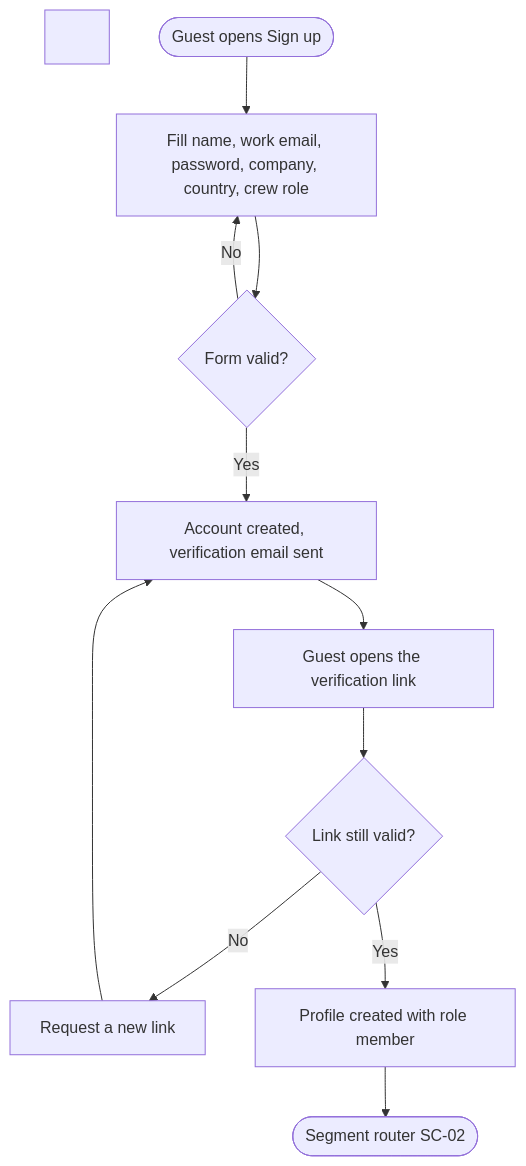
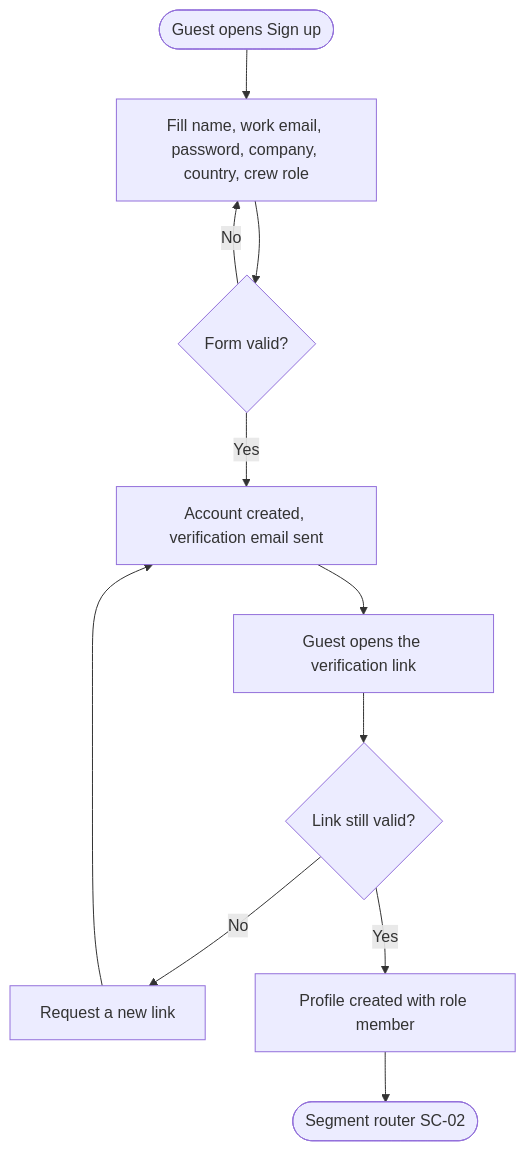
Before and after one commit to namnt2005/CINEMATCH-DBIZ3.TeamC: the first of 2 diagrams in docs/spec/spec-SYS.md, drawn with Mermaid. The commit also changed other lines of this file and 176 other files, not shown here.

````diff
--- a/docs/spec/spec-SYS.md
+++ b/docs/spec/spec-SYS.md
@@ -96,12 +98,12 @@
 ```mermaid
 flowchart TD
-&nbsp;&nbsp;&nbsp;&nbsp;A([Guest opens Sign up]) --> B[Fill name, work email, password, company, country, crew role]
-&nbsp;&nbsp;&nbsp;&nbsp;B --> C{Form valid?}
-&nbsp;&nbsp;&nbsp;&nbsp;C -- No --> B
-&nbsp;&nbsp;&nbsp;&nbsp;C -- Yes --> D[Account created, verification email sent]
-&nbsp;&nbsp;&nbsp;&nbsp;D --> E[Guest opens the verification link]
-&nbsp;&nbsp;&nbsp;&nbsp;E --> F{Link still valid?}
-&nbsp;&nbsp;&nbsp;&nbsp;F -- No --> G[Request a new link] --> D
-&nbsp;&nbsp;&nbsp;&nbsp;F -- Yes --> H[Profile created with role member]
-&nbsp;&nbsp;&nbsp;&nbsp;H --> I([Segment router SC-02])
+    A([Guest opens Sign up]) --> B[Fill name, work email, password, company, country, crew role]
+    B --> C{Form valid?}
+    C -- No --> B
+    C -- Yes --> D[Account created, verification email sent]
+    D --> E[Guest opens the verification link]
+    E --> F{Link still valid?}
+    F -- No --> G[Request a new link] --> D
+    F -- Yes --> H[Profile created with role member]
+    H --> I([Segment router SC-02])
 ```
````
